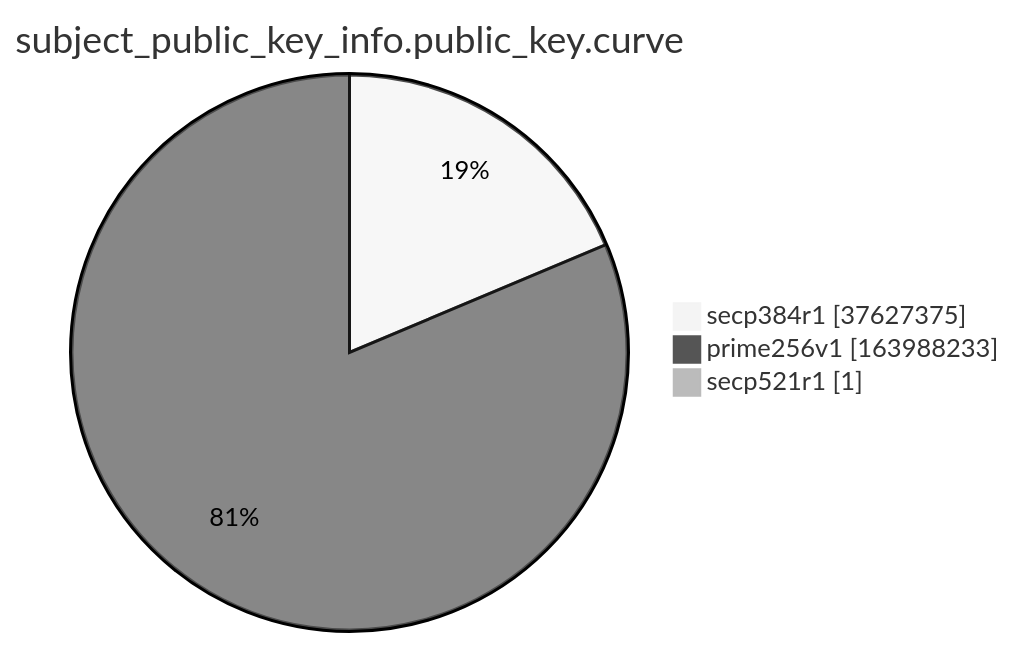
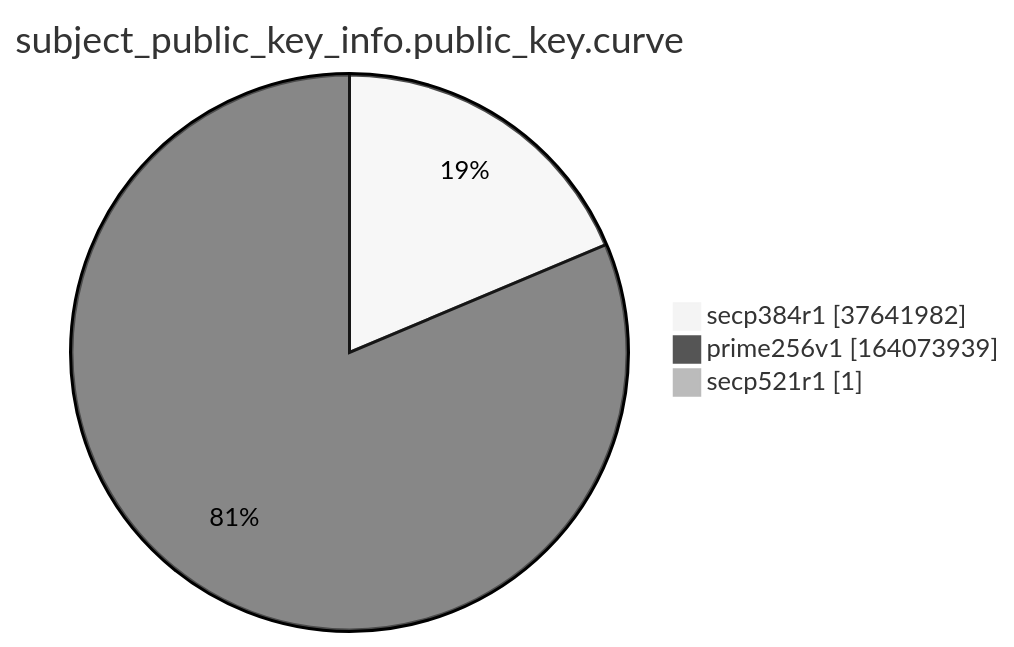
The ninth of 15 diagrams in argon2022/README.md (christiankrug/ctmonitor_visualization), drawn with Mermaid (neutral theme) before and after one commit. The commit also changed other lines of this file, not shown here.

````diff
--- a/argon2022/README.md
+++ b/argon2022/README.md
@@ -2766,7 +2766,7 @@
 ```mermaid
 pie showData
 title subject_public_key_info.public_key.curve
-"secp384r1" :37627375
-"prime256v1" :163988233
+"secp384r1" :37641982
+"prime256v1" :164073939
 "secp521r1" :1
 ```
````
